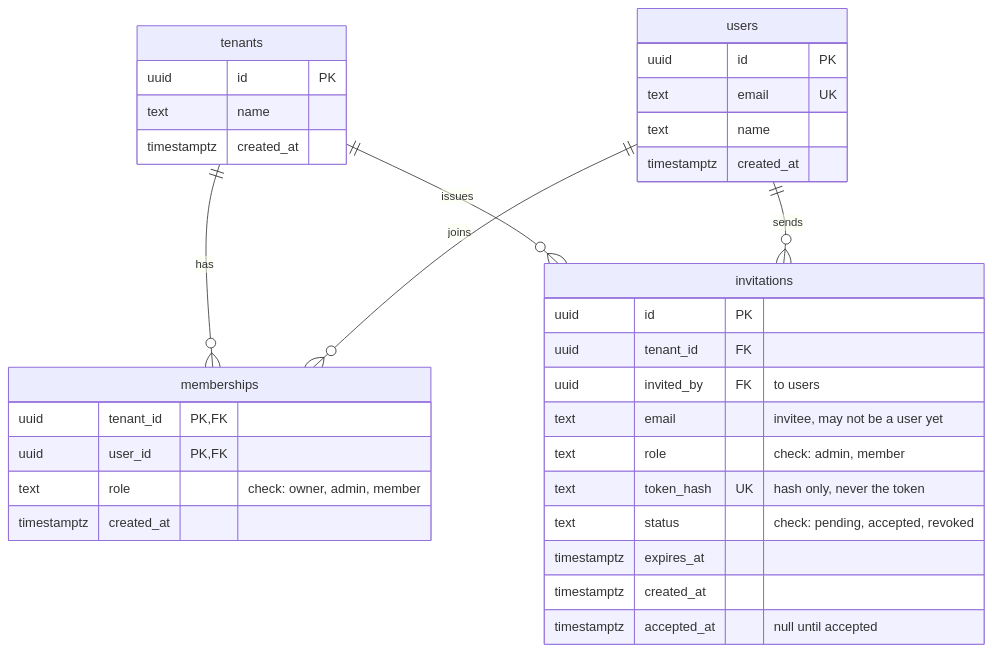
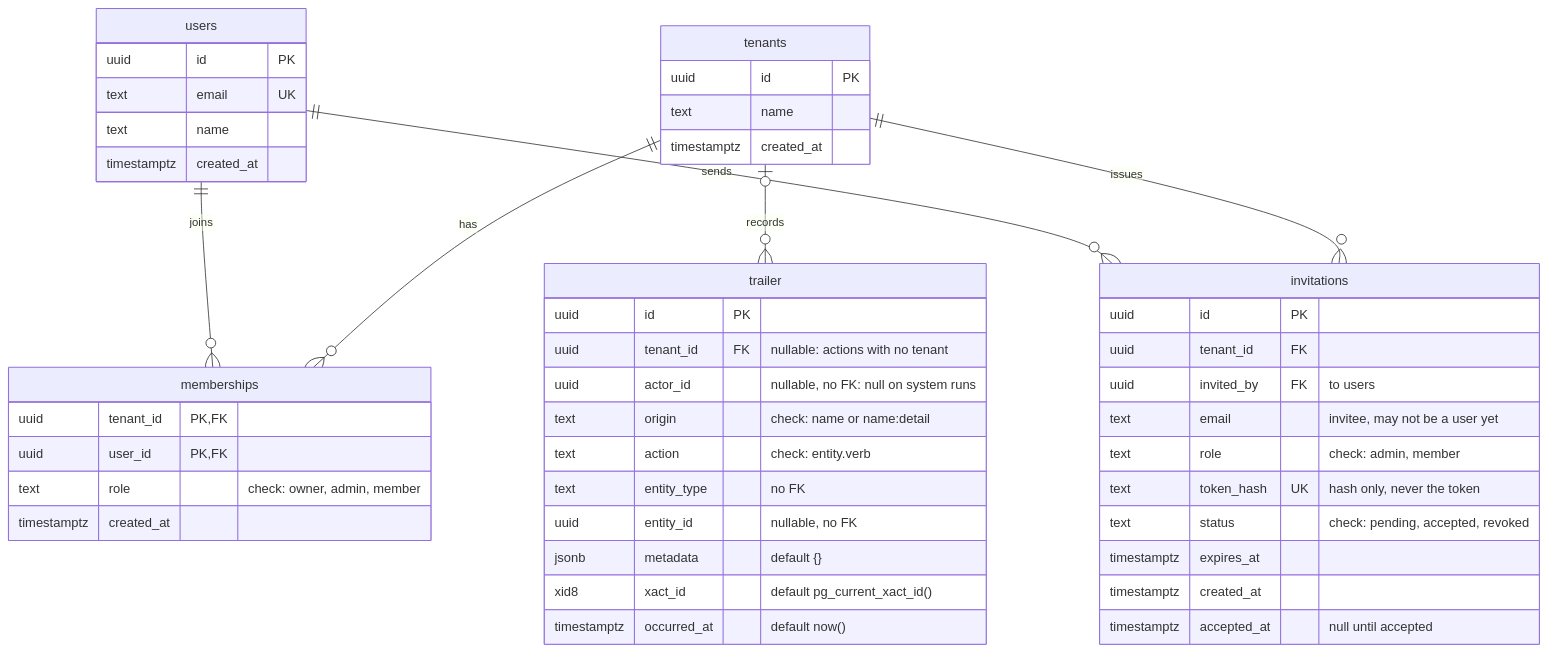
The second of 6 diagrams in drizzle/DIAGRAM.md (ronz204/poc-data-access), drawn with Mermaid before and after one commit. The commit also changed other lines of this file and 3 other files, not shown here.

````diff
--- a/drizzle/DIAGRAM.md
+++ b/drizzle/DIAGRAM.md
@@ -103,36 +102,49 @@
 ```mermaid
 erDiagram
     tenants {
         uuid id PK
         text name
         timestamptz created_at
     }
     users {
         uuid id PK
         text email UK
         text name
         timestamptz created_at
     }
     memberships {
         uuid tenant_id PK, FK
         uuid user_id PK, FK
         text role "check: owner, admin, member"
         timestamptz created_at
     }
     invitations {
         uuid id PK
         uuid tenant_id FK
         uuid invited_by FK "to users"
         text email "invitee, may not be a user yet"
         text role "check: admin, member"
         text token_hash UK "hash only, never the token"
         text status "check: pending, accepted, revoked"
         timestamptz expires_at
         timestamptz created_at
         timestamptz accepted_at "null until accepted"
     }
+    trailer {
+        uuid id PK
+        uuid tenant_id FK "nullable: actions with no tenant"
+        uuid actor_id "nullable, no FK: null on system runs"
+        text origin "check: name or name:detail"
+        text action "check: entity.verb"
+        text entity_type "no FK"
+        uuid entity_id "nullable, no FK"
+        jsonb metadata "default {}"
+        xid8 xact_id "default pg_current_xact_id()"
+        timestamptz occurred_at "default now()"
+    }
     tenants ||--o{ memberships : has
     users ||--o{ memberships : joins
     tenants ||--o{ invitations : issues
     users ||--o{ invitations : sends
+    tenants |o--o{ trailer : records
 ```
````
